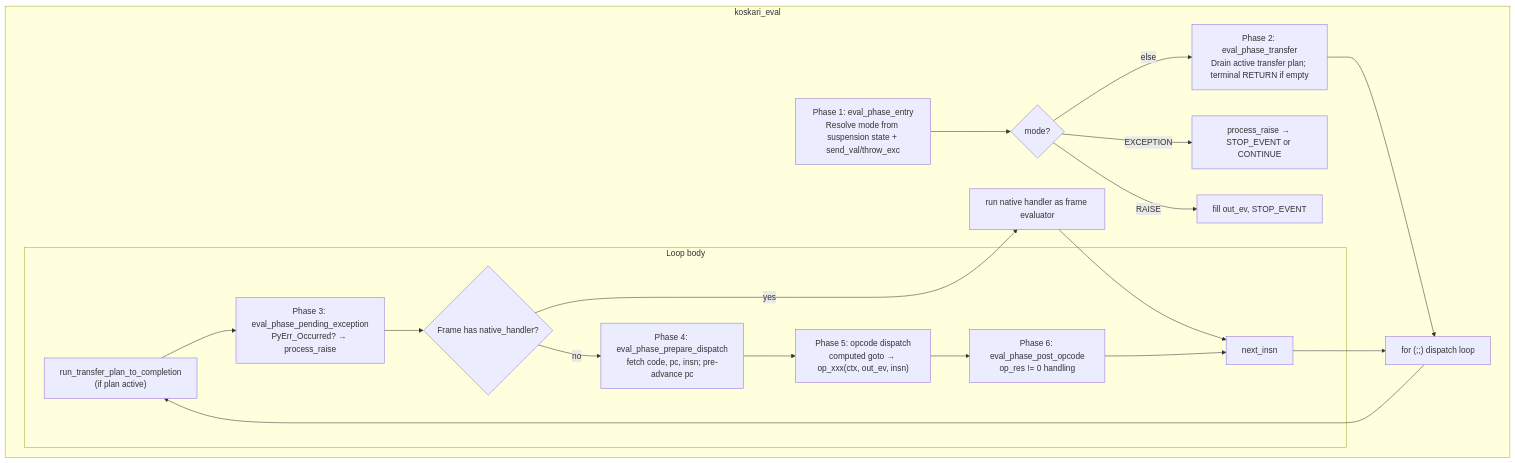
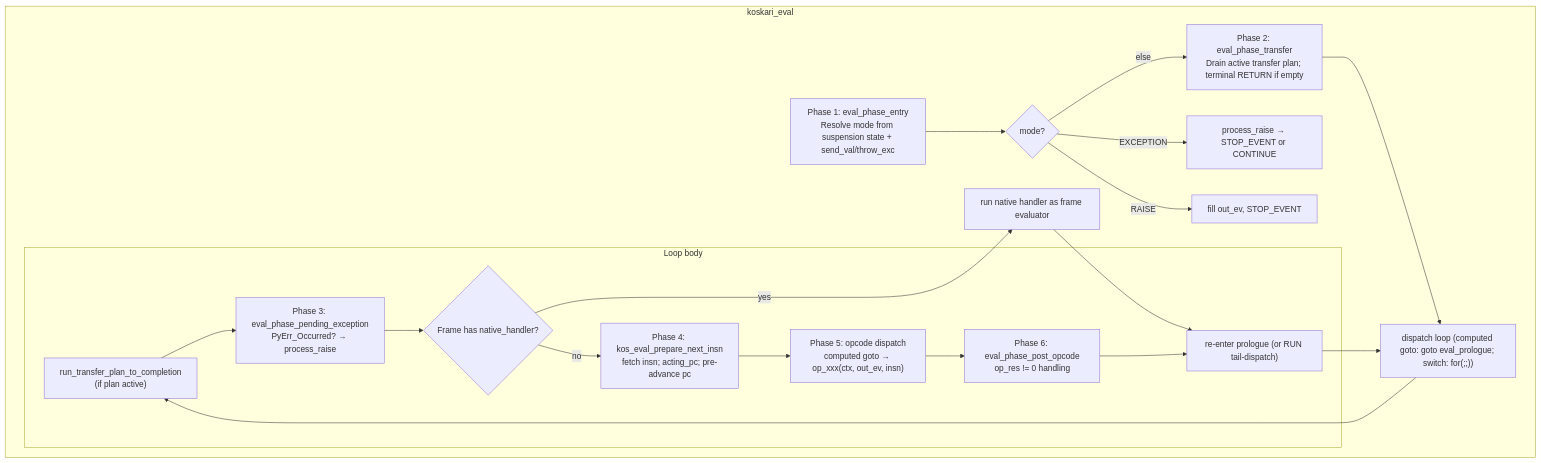
Before and after one commit to koskari-lang/koskari: the first of 10 diagrams in design/EVALUATOR.md, drawn with Mermaid. The commit also changed other lines of this file and 212 other files, not shown here.

First line of the commit message:
Koskari eval: KosOpOutcome loop, slimmer dispatch, opcode macros

````diff
--- a/design/EVALUATOR.md
+++ b/design/EVALUATOR.md
@@ -26,31 +26,31 @@
 ```mermaid
 flowchart TD
     subgraph koskari_eval["koskari_eval"]
         P1["Phase 1: eval_phase_entry<br/>Resolve mode from suspension state + send_val/throw_exc"]
         mode_check{"mode?"}
         P2["Phase 2: eval_phase_transfer<br/>Drain active transfer plan; terminal RETURN if empty"]
-        loop_start["for (;;) dispatch loop"]
+        loop_start["dispatch loop (computed goto: goto eval_prologue; switch: for(;;))"]
 
         subgraph loop["Loop body"]
             Xfer["run_transfer_plan_to_completion<br/>(if plan active)"]
             P3["Phase 3: eval_phase_pending_exception<br/>PyErr_Occurred? → process_raise"]
             Native{"Frame has native_handler?"}
-            P4["Phase 4: eval_phase_prepare_dispatch<br>fetch code, pc, insn; pre-advance pc"]
+            P4["Phase 4: kos_eval_prepare_next_insn<br>fetch insn; acting_pc; pre-advance pc"]
             P5["Phase 5: opcode dispatch<br/>computed goto → op_xxx(ctx, out_ev, insn)"]
             P6["Phase 6: eval_phase_post_opcode<br>op_res != 0 handling"]
-            next["next_insn"]
+            next["re-enter prologue (or RUN tail-dispatch)"]
         end
 
         P1 --> mode_check
         mode_check -->|"EXCEPTION"| process_raise_1["process_raise → STOP_EVENT or CONTINUE"]
         mode_check -->|"RAISE"| fill_out_ev["fill out_ev, STOP_EVENT"]
         mode_check -->|"else"| P2
         P2 --> loop_start
         loop_start --> Xfer --> P3 --> Native
         Native -->|yes| run_native["run native handler as frame evaluator"]
         Native -->|no| P4
         run_native --> next
         P4 --> P5 --> P6 --> next
         next --> loop_start
     end
 ```
````
